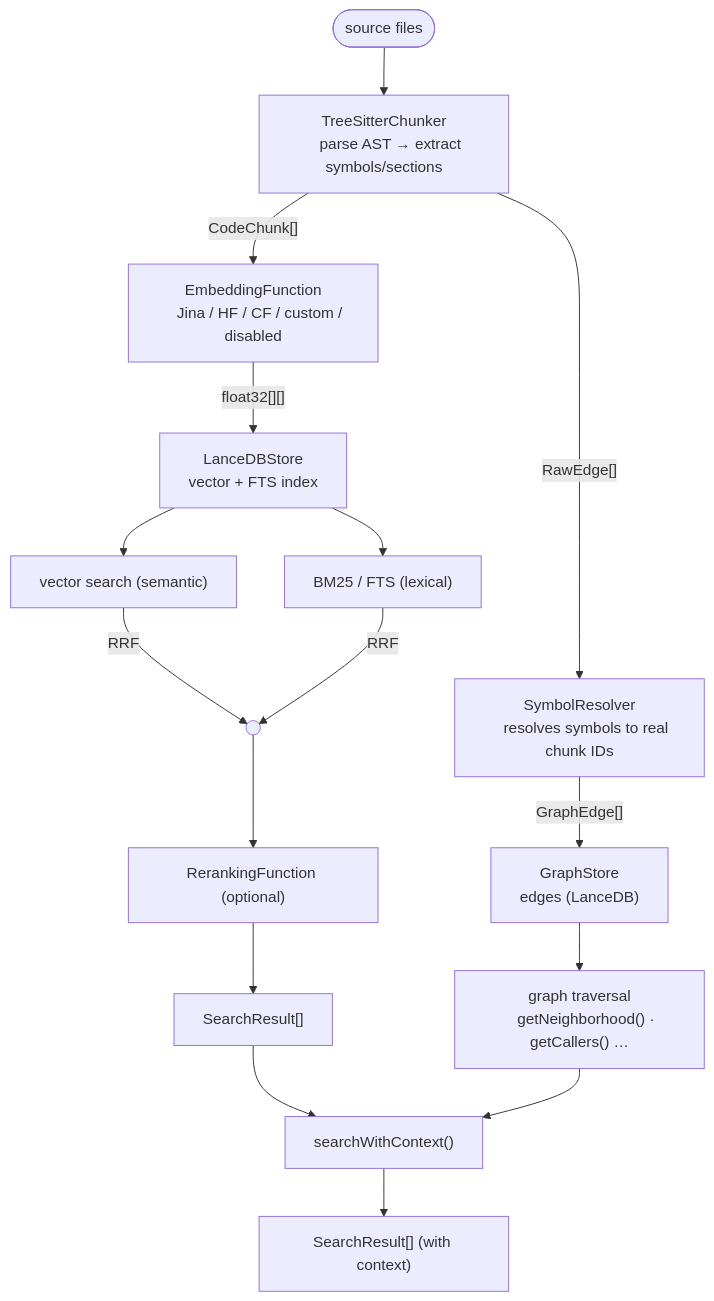
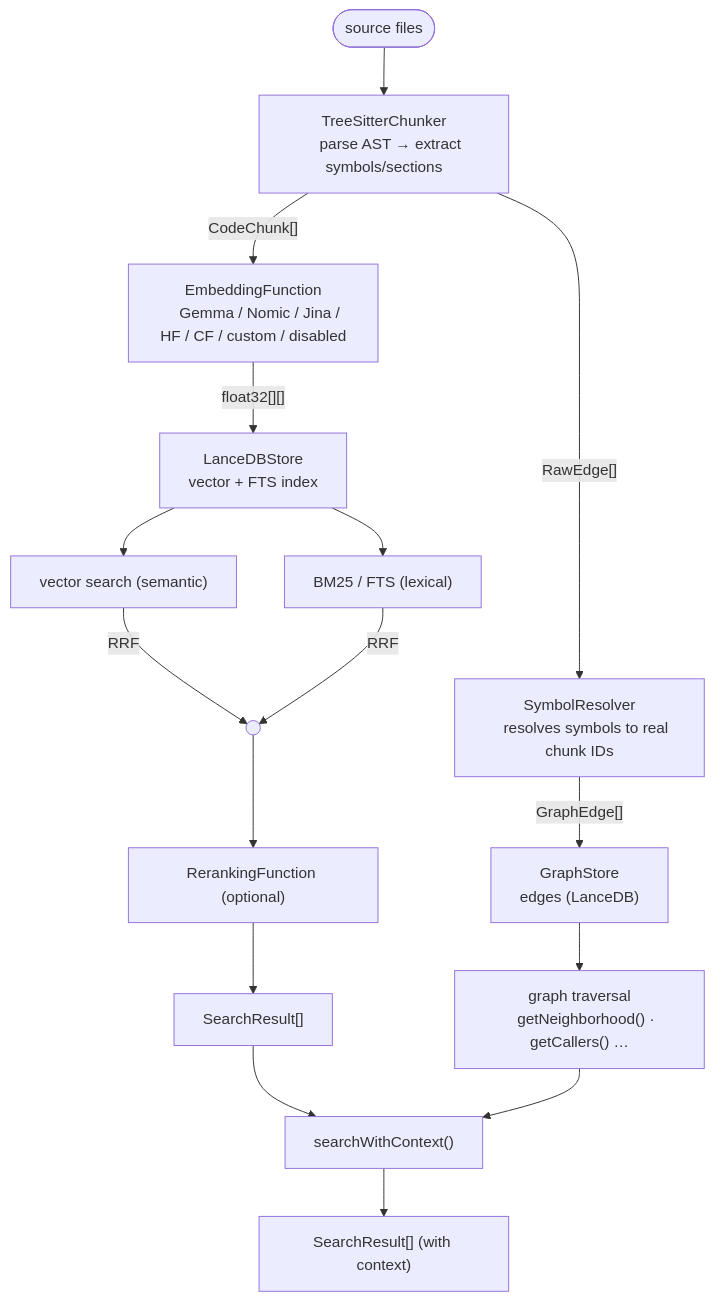
Before and after one commit to upstart-gg/lucerna: the first of 3 diagrams in docs/src/content/docs/concepts/how-it-works.mdx, drawn with Mermaid. The commit also changed 22 other files, not shown here.

First line of the commit message:
feat: add Gemma and Nomic text embeddings; update documentation and CLI options

````diff
--- a/docs/src/content/docs/concepts/how-it-works.mdx
+++ b/docs/src/content/docs/concepts/how-it-works.mdx
@@ -8,38 +8,38 @@
 ```mermaid
 flowchart TD
     FILES([source files]) --> TSC
 
     TSC["TreeSitterChunker
     parse AST → extract symbols/sections"]
 
     TSC -->|"CodeChunk[]"| EMB
     TSC -->|"RawEdge[]"| SR
 
     EMB["EmbeddingFunction
-    Jina / HF / CF / custom / disabled"]
+    Gemma / Nomic / Jina / HF / CF / custom / disabled"]
     SR["SymbolResolver
     resolves symbols to real chunk IDs"]
 
     EMB -->|"float32[][]"| LDB
     SR -->|"GraphEdge[]"| GS
 
     LDB["LanceDBStore
     vector + FTS index"]
     GS["GraphStore
     edges (LanceDB)"]
 
     LDB --> VS["vector search (semantic)"]
     LDB --> BM25["BM25 / FTS (lexical)"]
     GS --> GT["graph traversal
     getNeighborhood() · getCallers() …"]
 
     VS -->|RRF| RRF((" "))
     BM25 -->|RRF| RRF
 
     RRF --> RE["RerankingFunction (optional)"]
     RE --> SR2["SearchResult[]"]
 
     SR2 --> SWC["searchWithContext()"]
     GT --> SWC
     SWC --> SR3["SearchResult[] (with context)"]
 ```
````
